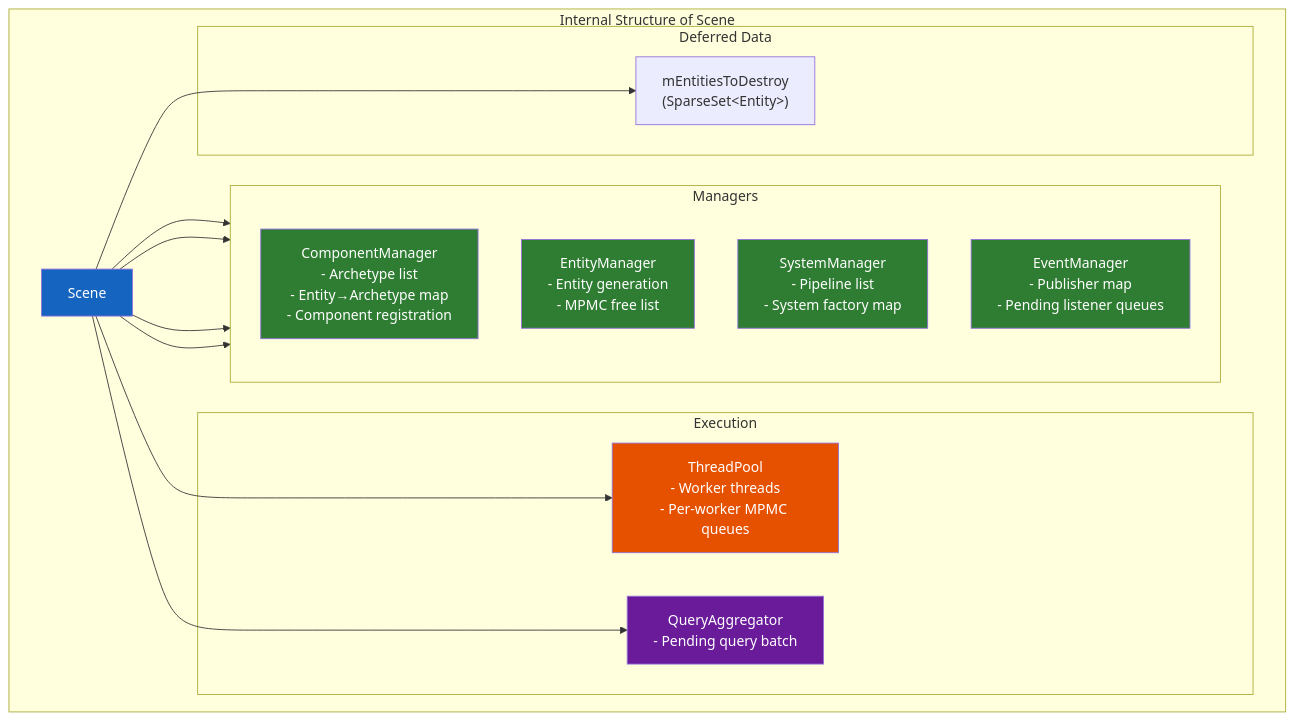
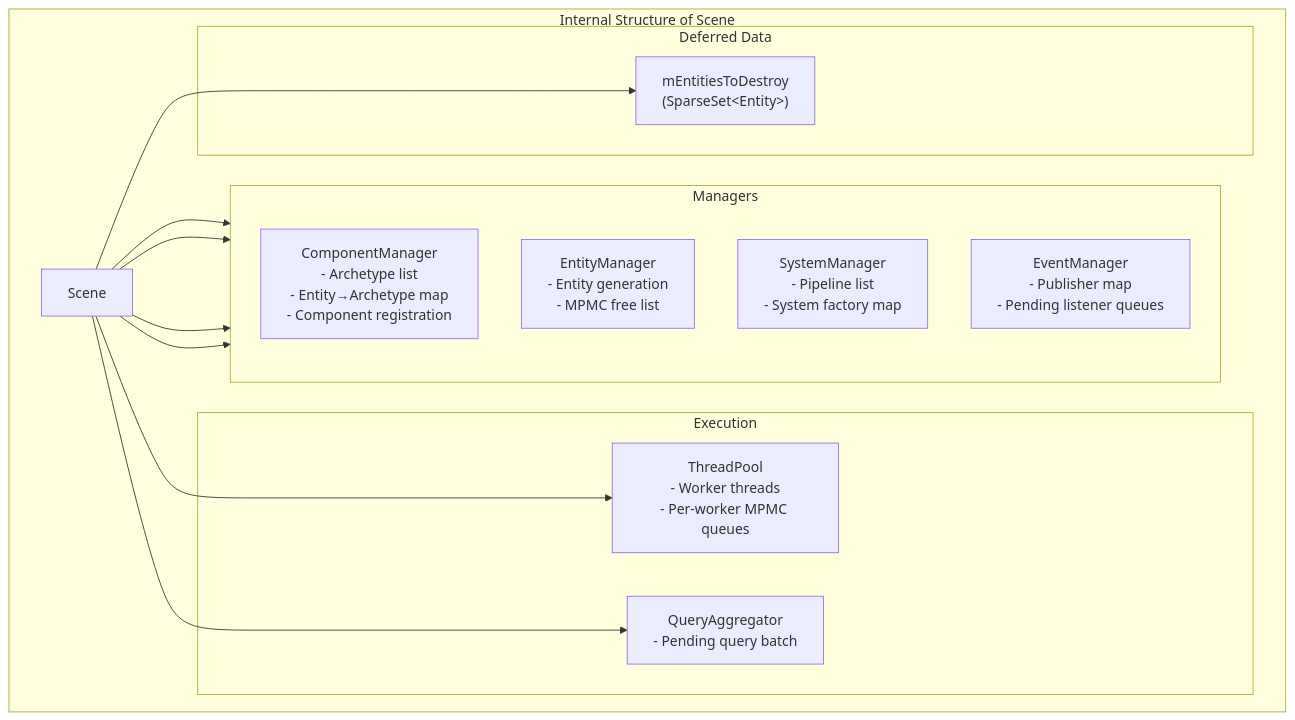
Before and after one commit to gilmar-sales/Freyr: the second of 5 diagrams in docs/concepts/architecture.md, drawn with Mermaid. The commit also changed other lines of this file and 8 other files, not shown here.

Commit message:
docs(diagrams): remove mermaid diagram styling directives

````diff
--- a/docs/concepts/architecture.md
+++ b/docs/concepts/architecture.md
@@ -66,39 +62,32 @@
 ```mermaid
 graph TB
     subgraph SceneInternals["Internal Structure of Scene"]
         SC["Scene"]
         
         subgraph Managers["Managers"]
             direction TB
             CM["ComponentManager<br/>- Archetype list<br/>- Entity→Archetype map<br/>- Component registration"]
             EM["EntityManager<br/>- Entity generation<br/>- MPMC free list"]
             SM["SystemManager<br/>- Pipeline list<br/>- System factory map"]
             EVM["EventManager<br/>- Publisher map<br/>- Pending listener queues"]
         end
 
         subgraph Exec["Execution"]
             TP["ThreadPool<br/>- Worker threads<br/>- Per-worker MPMC queues"]
             QA["QueryAggregator<br/>- Pending query batch"]
         end
 
         subgraph Data["Deferred Data"]
             DT["mEntitiesToDestroy<br/>(SparseSet&lt;Entity&gt;)"]
         end
 
         SC --> CM
         SC --> EM
         SC --> SM
         SC --> EVM
         SC --> TP
         SC --> QA
         SC --> DT
     end
 
-    style SC fill:#1565C0,color:#fff
-    style CM fill:#2E7D32,color:#fff
-    style EM fill:#2E7D32,color:#fff
-    style SM fill:#2E7D32,color:#fff
-    style EVM fill:#2E7D32,color:#fff
-    style TP fill:#E65100,color:#fff
-    style QA fill:#6A1B9A,color:#fff
 ```
````
